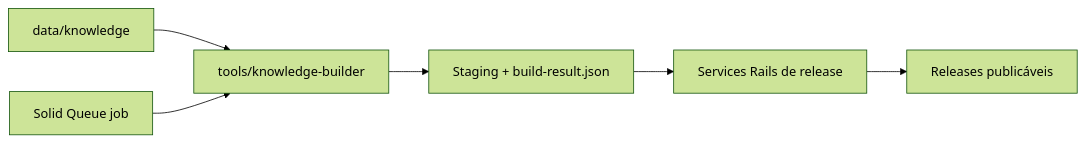
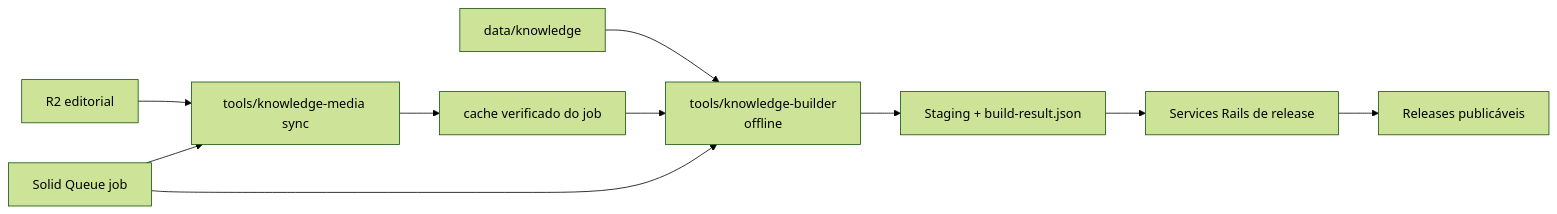
Before and after one commit to migmoroni/veterinary-clinic: the second of 2 diagrams in docs/plans/hub-server/03-public-knowledge-publication.md, drawn with Mermaid (forest theme). The commit also changed other lines of this file and 5 other files, not shown here.

Commit message:
doc: knowledge and media

````diff
--- a/docs/plans/hub-server/03-public-knowledge-publication.md
+++ b/docs/plans/hub-server/03-public-knowledge-publication.md
@@ -208,8 +225,12 @@
 ```mermaid
 flowchart LR
-    DATA["data/knowledge"] --> BUILDER["tools/knowledge-builder"]
-    JOB["Solid Queue job"] --> BUILDER
+    DATA["data/knowledge"] --> BUILDER["tools/knowledge-builder<br/>offline"]
+    R2SOURCE["R2 editorial"] --> SYNC["tools/knowledge-media sync"]
+    JOB["Solid Queue job"] --> SYNC
+    SYNC --> CACHE["cache verificado do job"]
+    CACHE --> BUILDER
+    JOB --> BUILDER
     BUILDER --> RESULT["Staging + build-result.json"]
     RESULT --> SERVICES["Services Rails de release"]
     SERVICES --> RELEASES["Releases publicáveis"]
 ```
````
